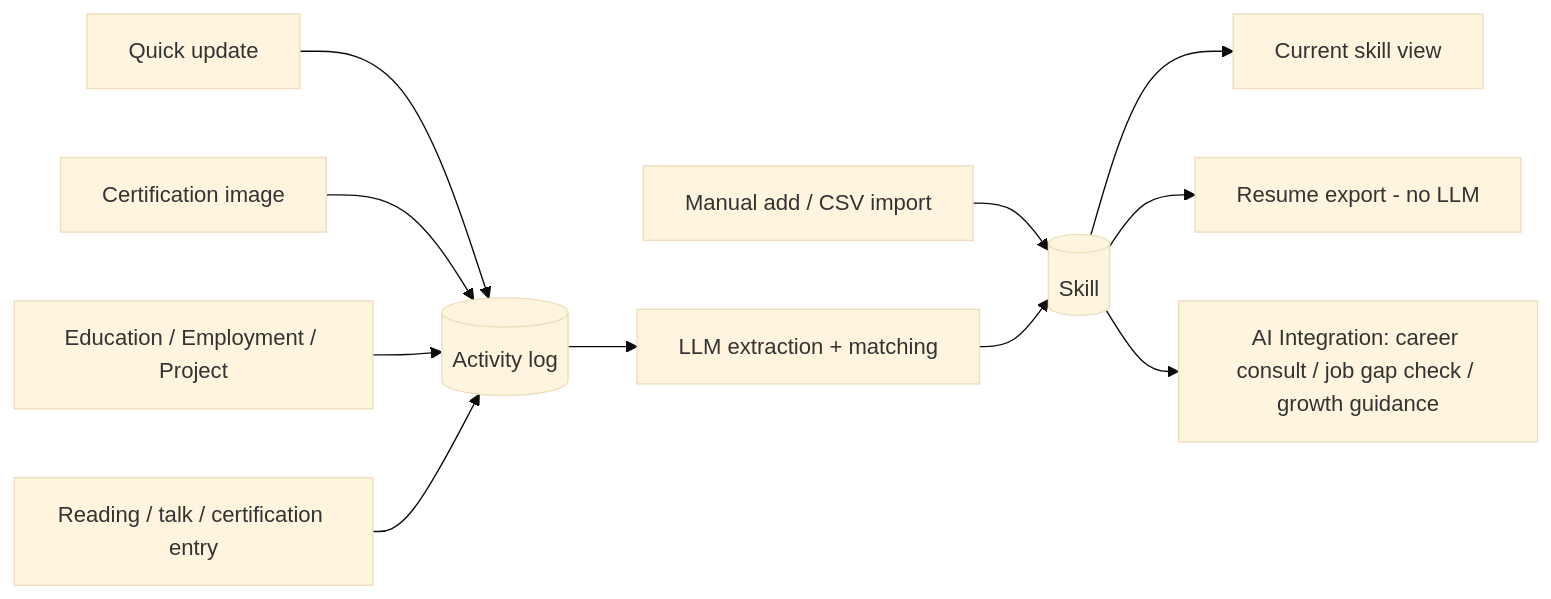
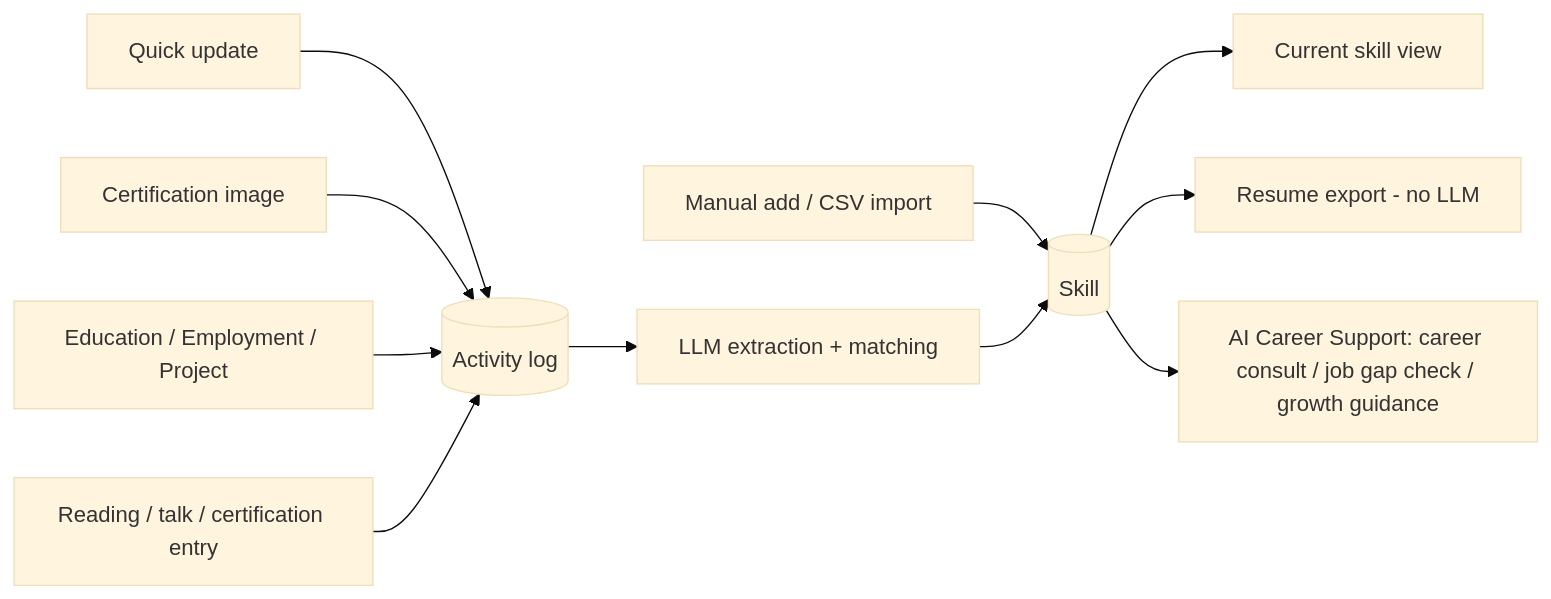
One commit to tkm112345/skillgrowth changed the diagram in README.md. Above: the diagram before and after it, drawn with Mermaid (base theme). The commit also changed other lines of this file and 9 other files, not shown here.

````diff
--- a/README.md
+++ b/README.md
@@ -46,13 +46,13 @@
 ```mermaid
 flowchart LR
   U1[Quick update] --> E[(Activity log)]
   U2[Certification image] --> E
   U3[Education / Employment / Project] --> E
   U4[Reading / talk / certification entry] --> E
   U5[Manual add / CSV import] --> S[(Skill)]
   E --> L[LLM extraction + matching]
   L --> S
   S --> V[Current skill view]
   S --> X[Resume export - no LLM]
-  S --> G[AI Integration: career consult / job gap check / growth guidance]
+  S --> G[AI Career Support: career consult / job gap check / growth guidance]
 ```
````
